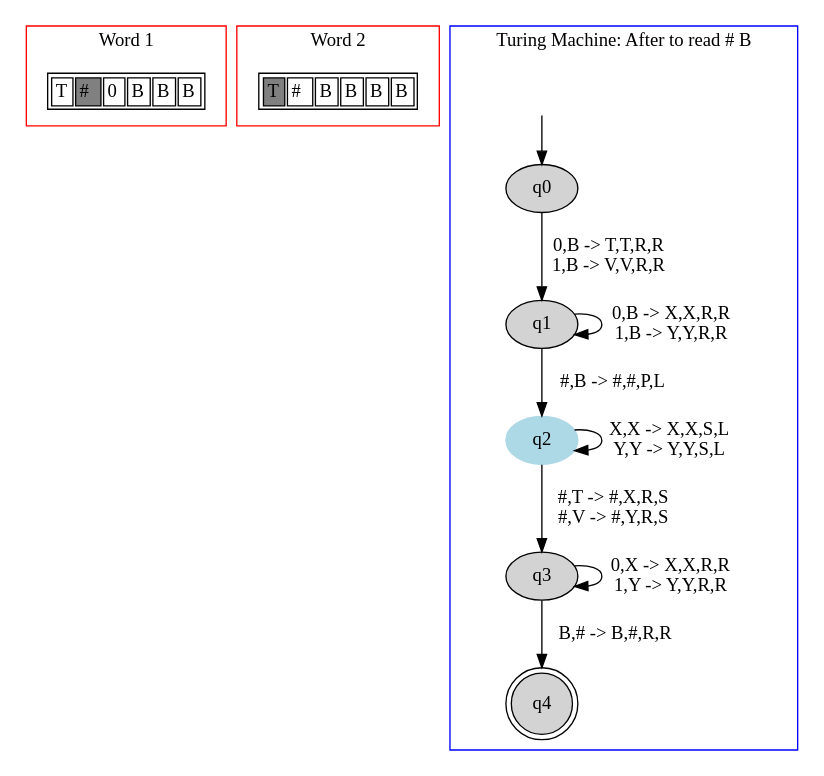
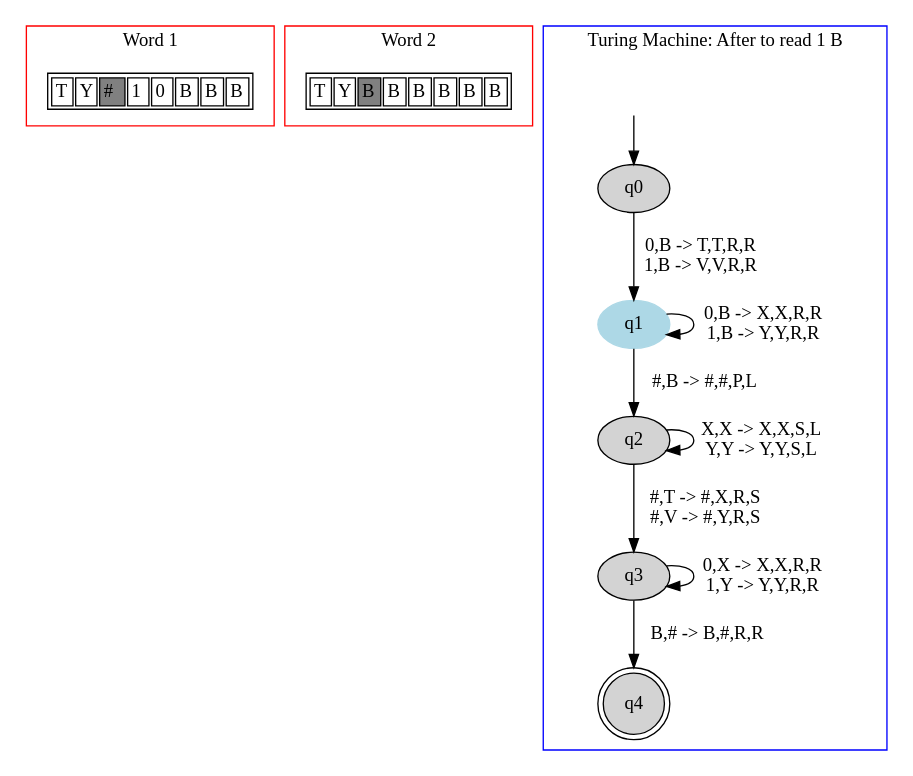
Before and after one commit to danielScLima/turing_machine_2_fitas: the diagram in TM2FITAS/images/file3.dot, drawn with Graphviz. The commit also changed 14 other files, not shown here.

```diff
--- a/TM2FITAS/images/file3.dot
+++ b/TM2FITAS/images/file3.dot
@@ -1,58 +1,62 @@
 digraph G {
 	subgraph cluster_0 {
 		node [shape=plaintext];
 
 struct1 [label=<<TABLE>
 <TR>
 <TD><FONT>T</FONT></TD>
+<TD><FONT>Y</FONT></TD>
 <TD BGCOLOR="gray"><FONT>#</FONT></TD>
+<TD><FONT>1</FONT></TD>
 <TD><FONT>0</FONT></TD>
 <TD><FONT>B</FONT></TD>
 <TD><FONT>B</FONT></TD>
 <TD><FONT>B</FONT></TD>
 </TR>
 </TABLE>>];
 label = "Word 1";
 color=red;
 }
 	subgraph cluster_2 {
 		node [shape=plaintext];
 
 struct2 [label=<<TABLE>
 <TR>
-<TD BGCOLOR="gray"><FONT>T</FONT></TD>
-<TD><FONT>#</FONT></TD>
+<TD><FONT>T</FONT></TD>
+<TD><FONT>Y</FONT></TD>
+<TD BGCOLOR="gray"><FONT>B</FONT></TD>
+<TD><FONT>B</FONT></TD>
 <TD><FONT>B</FONT></TD>
 <TD><FONT>B</FONT></TD>
 <TD><FONT>B</FONT></TD>
 <TD><FONT>B</FONT></TD>
 </TR>
 </TABLE>>];
 label = "Word 2";
 color=red;
 }
 	subgraph cluster_1 {
 		node [style=filled];
-		label = "Turing Machine: After to read # B"
+		label = "Turing Machine: After to read 1 B"
 		color=blue;
 
 		q0;
-		q1;
-		q2 [color="lightblue"];
+		q1 [color="lightblue"];
+		q2;
 		q3;
 		q4 [shape="doublecircle"];
 		q0->q1[label="0,B -> T,T,R,R
 1,B -> V,V,R,R"];
 		q1->q1[label="0,B -> X,X,R,R
 1,B -> Y,Y,R,R"];
 		q1->q2[label="#,B -> #,#,P,L"];
 		q2->q2[label="X,X -> X,X,S,L
 Y,Y -> Y,Y,S,L"];
 		q2->q3[label="#,T -> #,X,R,S
 #,V -> #,Y,R,S"];
 		q3->q3[label="0,X -> X,X,R,R
 1,Y -> Y,Y,R,R"];
 		q3->q4[label="B,# -> B,#,R,R"];
 x [color=white, label=""];		x->q0	}
 
 }
```
